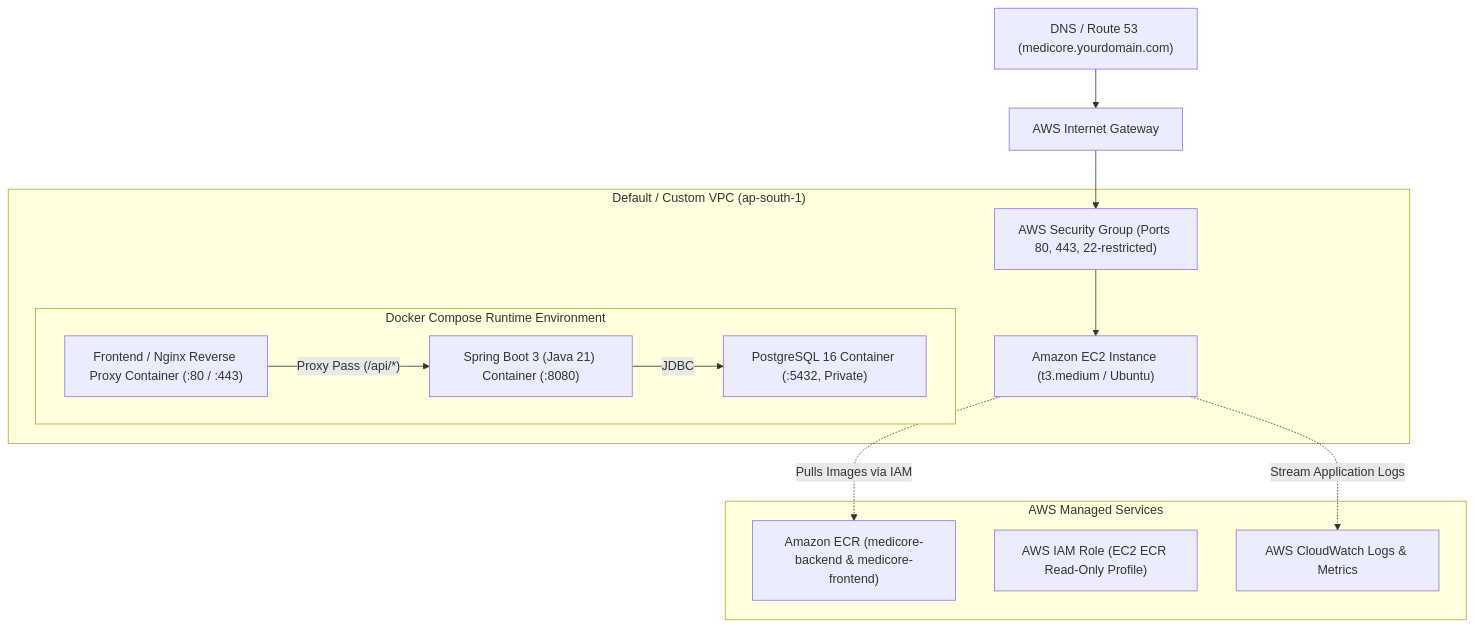
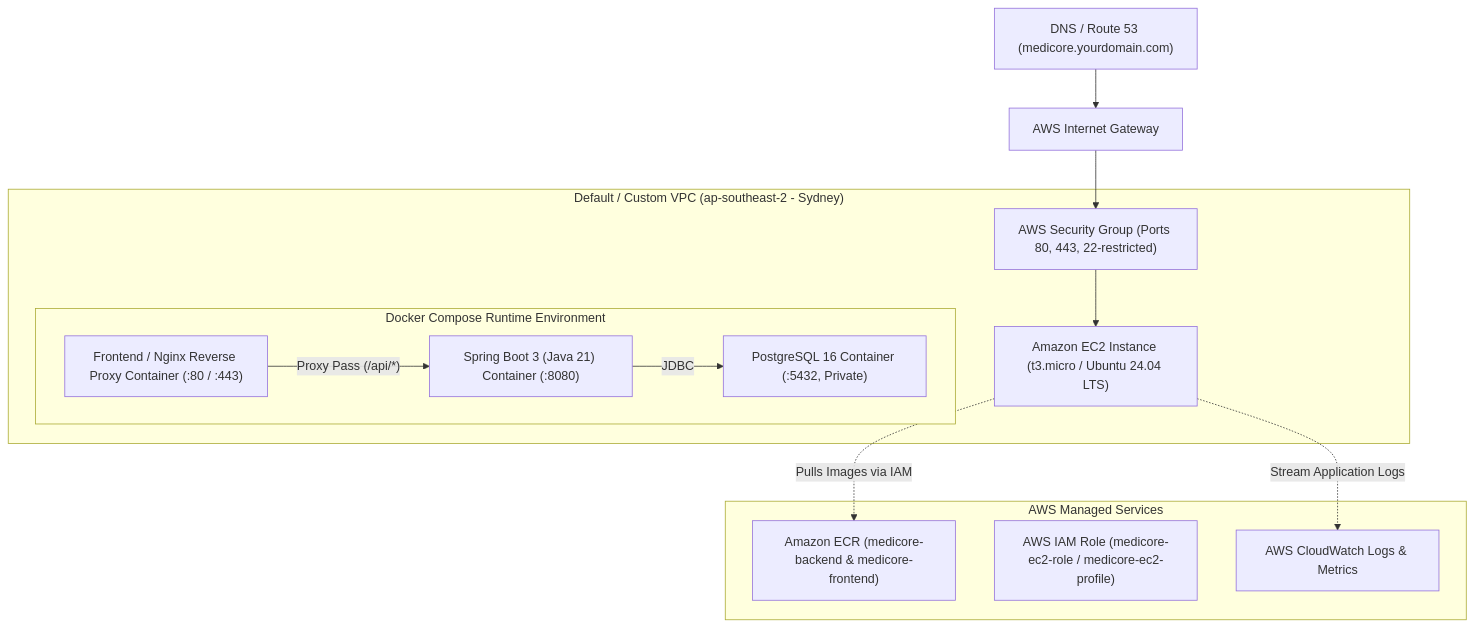
One commit to sunilganganagunta/pharmacy-management-platform changed the diagram in docs/AWS_DEPLOYMENT_GUIDE.md. Above: the diagram before and after it, drawn with Mermaid. The commit also changed other lines of this file and 12 other files, not shown here.

````diff
--- a/docs/AWS_DEPLOYMENT_GUIDE.md
+++ b/docs/AWS_DEPLOYMENT_GUIDE.md
@@ -9,27 +9,27 @@
 ```mermaid
 flowchart TD
     DNS["DNS / Route 53 (medicore.yourdomain.com)"] --> IGW["AWS Internet Gateway"]
     IGW --> SG["AWS Security Group (Ports 80, 443, 22-restricted)"]
     
-    subgraph VPC ["Default / Custom VPC (ap-south-1)"]
-        SG --> EC2["Amazon EC2 Instance (t3.medium / Ubuntu)"]
+    subgraph VPC ["Default / Custom VPC (ap-southeast-2 - Sydney)"]
+        SG --> EC2["Amazon EC2 Instance (t3.micro / Ubuntu 24.04 LTS)"]
         
         subgraph EC2Host ["Docker Compose Runtime Environment"]
             NginxContainer["Frontend / Nginx Reverse Proxy Container (:80 / :443)"]
             BackendContainer["Spring Boot 3 (Java 21) Container (:8080)"]
             PostgresContainer["PostgreSQL 16 Container (:5432, Private)"]
             
             NginxContainer -->|"Proxy Pass (/api/*)"| BackendContainer
             BackendContainer -->|"JDBC"| PostgresContainer
         end
     end
 
     subgraph AWSServices ["AWS Managed Services"]
         ECR["Amazon ECR (medicore-backend & medicore-frontend)"]
-        IAM["AWS IAM Role (EC2 ECR Read-Only Profile)"]
+        IAM["AWS IAM Role (medicore-ec2-role / medicore-ec2-profile)"]
         CloudWatch["AWS CloudWatch Logs & Metrics"]
     end
 
     EC2 -.->|"Pulls Images via IAM"| ECR
     EC2 -.->|"Stream Application Logs"| CloudWatch
 ```
````
